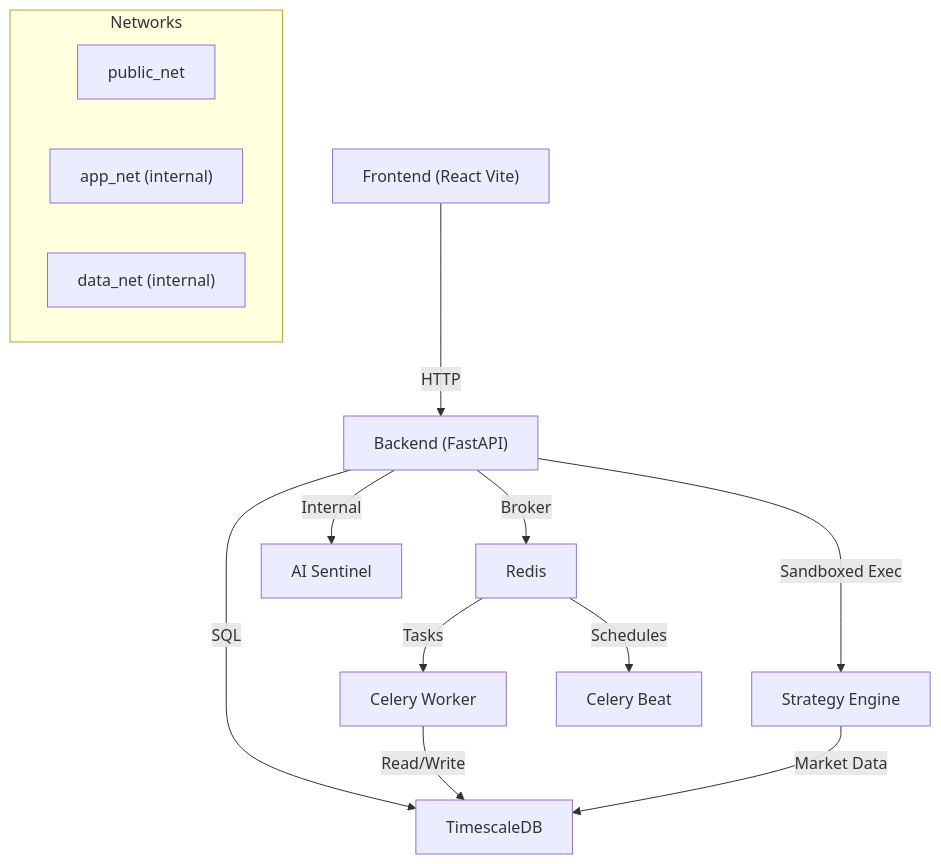
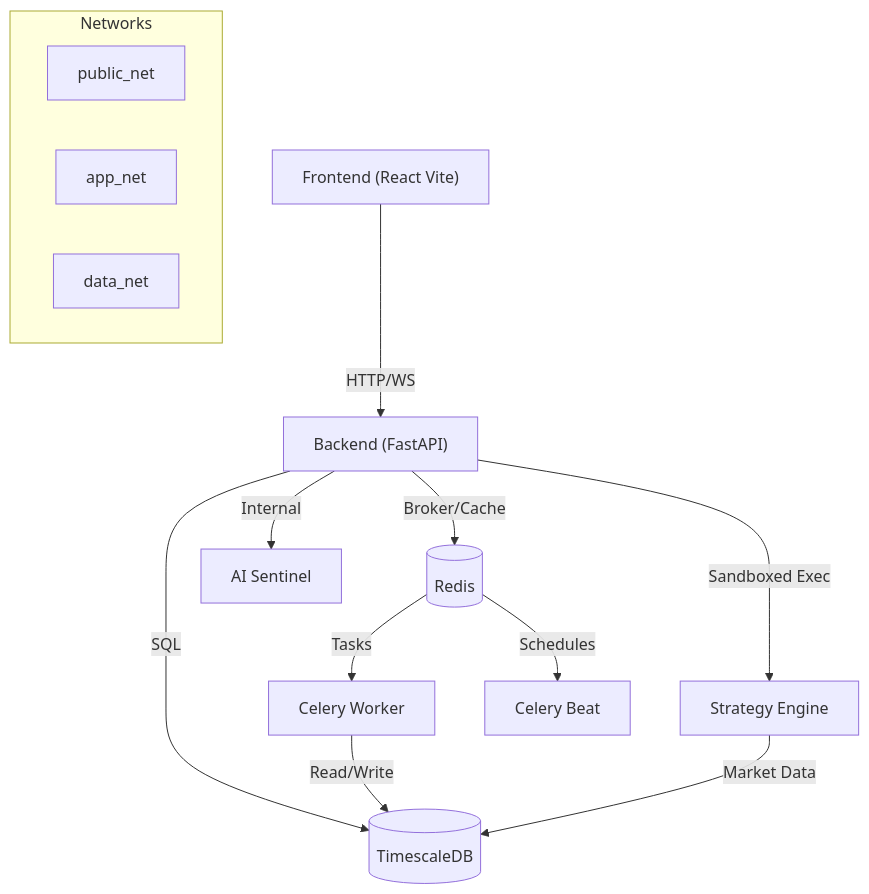
The diagram in README.md (WizardofTryout/autarkic-trading-platform), drawn with Mermaid before and after one commit. The commit also changed other lines of this file and 1 other file, not shown here.

````diff
--- a/README.md
+++ b/README.md
@@ -47,18 +49,18 @@
 ```mermaid
 graph TD;
-  UI["Frontend (React Vite)"] -->|"HTTP"| API["Backend (FastAPI)"];
-  API -->|"SQL"| DB["TimescaleDB"];
-  API -->|"Broker"| R["Redis"];
+  UI["Frontend (React Vite)"] -->|"HTTP/WS"| API["Backend (FastAPI)"];
+  API -->|"SQL"| DB[("TimescaleDB")];
+  API -->|"Broker/Cache"| R[("Redis")];
   API -->|"Sandboxed Exec"| SE["Strategy Engine"];
   R -->|"Tasks"| CW["Celery Worker"];
   R -->|"Schedules"| CB["Celery Beat"];
   CW -->|"Read/Write"| DB;
   SE -->|"Market Data"| DB;
   API -->|"Internal"| AS["AI Sentinel"];
 
   subgraph Networks
     PN["public_net"];
-    AN["app_net (internal)"];
-    DN["data_net (internal)"];
+    AN["app_net"];
+    DN["data_net"];
   end;
 ```
````
